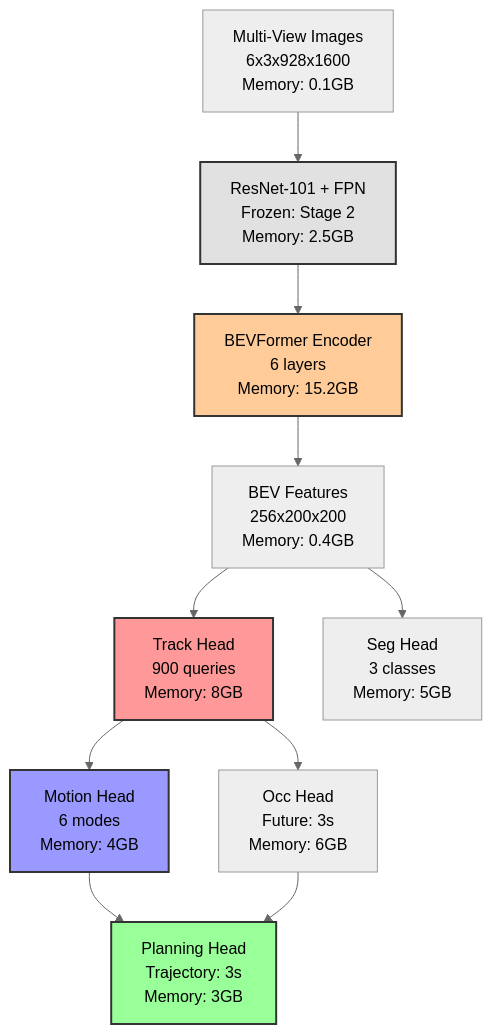
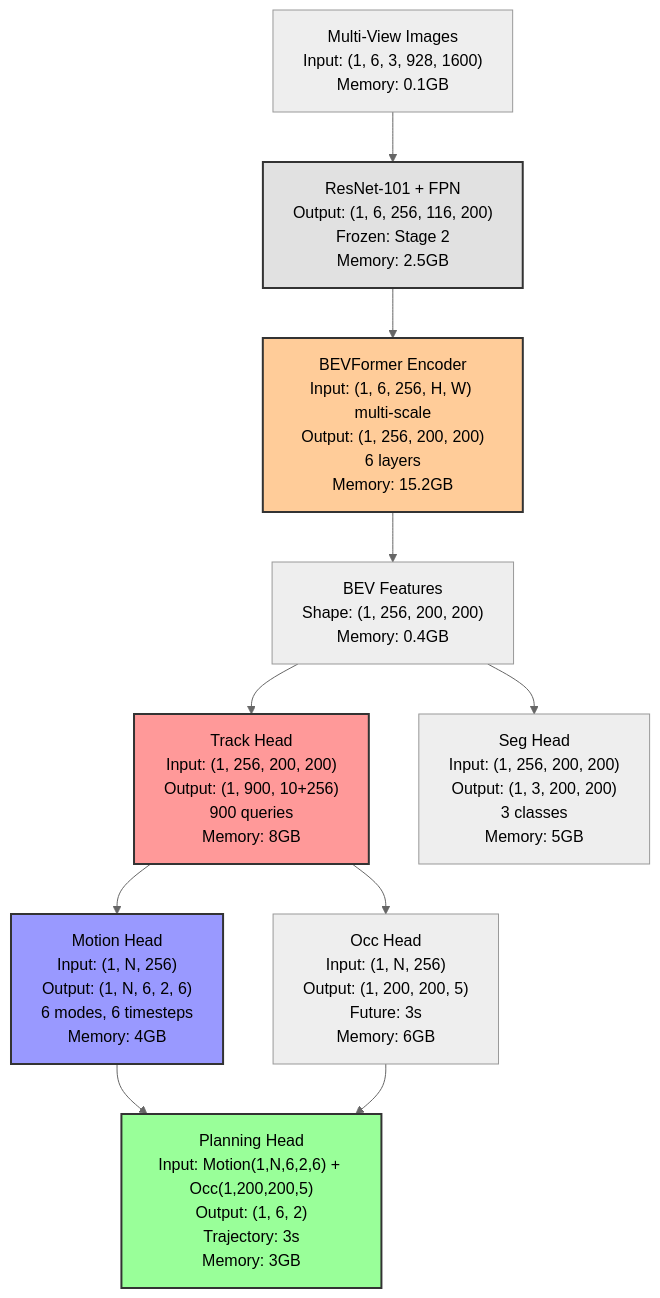
Before and after one commit to litanlitudan/UniAD: the third of 9 diagrams in tools/pytorch_op_tracer/SPEC.md, drawn with Mermaid (neutral theme). The commit also changed other lines of this file, not shown here.

Commit message:
feat: enhance SPEC.md with detailed tensor shape tracking and visualization options for UniAD

````diff
--- a/tools/pytorch_op_tracer/SPEC.md
+++ b/tools/pytorch_op_tracer/SPEC.md
@@ -498,25 +639,27 @@
 ```mermaid
 graph TB
-    %% Default view showing only major modules
-    Input[Multi-View Images<br/>6x3x928x1600<br/>Memory: 0.1GB] --> Backbone[ResNet-101 + FPN<br/>Frozen: Stage 2<br/>Memory: 2.5GB]
+    %% Default view showing only major modules with tensor shapes
+    Input["Multi-View Images<br/>Input: (1, 6, 3, 928, 1600)<br/>Memory: 0.1GB"] --> Backbone["ResNet-101 + FPN<br/>Output: (1, 6, 256, 116, 200)<br/>Frozen: Stage 2<br/>Memory: 2.5GB"]
     
-    Backbone --> BEVEncoder[BEVFormer Encoder<br/>6 layers<br/>Memory: 15.2GB]
+    Backbone --> BEVEncoder["BEVFormer Encoder<br/>Input: (1, 6, 256, H, W) multi-scale<br/>Output: (1, 256, 200, 200)<br/>6 layers<br/>Memory: 15.2GB"]
     
-    BEVEncoder --> BEVFeatures[BEV Features<br/>256x200x200<br/>Memory: 0.4GB]
+    BEVEncoder --> BEVFeatures["BEV Features<br/>Shape: (1, 256, 200, 200)<br/>Memory: 0.4GB"]
     
-    BEVFeatures --> TrackHead[Track Head<br/>900 queries<br/>Memory: 8GB]
-    BEVFeatures --> SegHead[Seg Head<br/>3 classes<br/>Memory: 5GB]
+    BEVFeatures --> TrackHead["Track Head<br/>Input: (1, 256, 200, 200)<br/>Output: (1, 900, 10+256)<br/>900 queries<br/>Memory: 8GB"]
     
-    TrackHead --> MotionHead[Motion Head<br/>6 modes<br/>Memory: 4GB]
-    TrackHead --> OccHead[Occ Head<br/>Future: 3s<br/>Memory: 6GB]
+    BEVFeatures --> SegHead["Seg Head<br/>Input: (1, 256, 200, 200)<br/>Output: (1, 3, 200, 200)<br/>3 classes<br/>Memory: 5GB"]
     
-    MotionHead --> PlanHead[Planning Head<br/>Trajectory: 3s<br/>Memory: 3GB]
+    TrackHead --> MotionHead["Motion Head<br/>Input: (1, N, 256)<br/>Output: (1, N, 6, 2, 6)<br/>6 modes, 6 timesteps<br/>Memory: 4GB"]
+    
+    TrackHead --> OccHead["Occ Head<br/>Input: (1, N, 256)<br/>Output: (1, 200, 200, 5)<br/>Future: 3s<br/>Memory: 6GB"]
+    
+    MotionHead --> PlanHead["Planning Head<br/>Input: Motion(1,N,6,2,6) + Occ(1,200,200,5)<br/>Output: (1, 6, 2)<br/>Trajectory: 3s<br/>Memory: 3GB"]
     OccHead --> PlanHead
     
     %% Style for different module types
     style Backbone fill:#e1e1e1,stroke:#333,stroke-width:2px
     style BEVEncoder fill:#ffcc99,stroke:#333,stroke-width:2px
     style TrackHead fill:#ff9999,stroke:#333,stroke-width:2px
     style MotionHead fill:#9999ff,stroke:#333,stroke-width:2px
     style PlanHead fill:#99ff99,stroke:#333,stroke-width:2px
 ```
````
